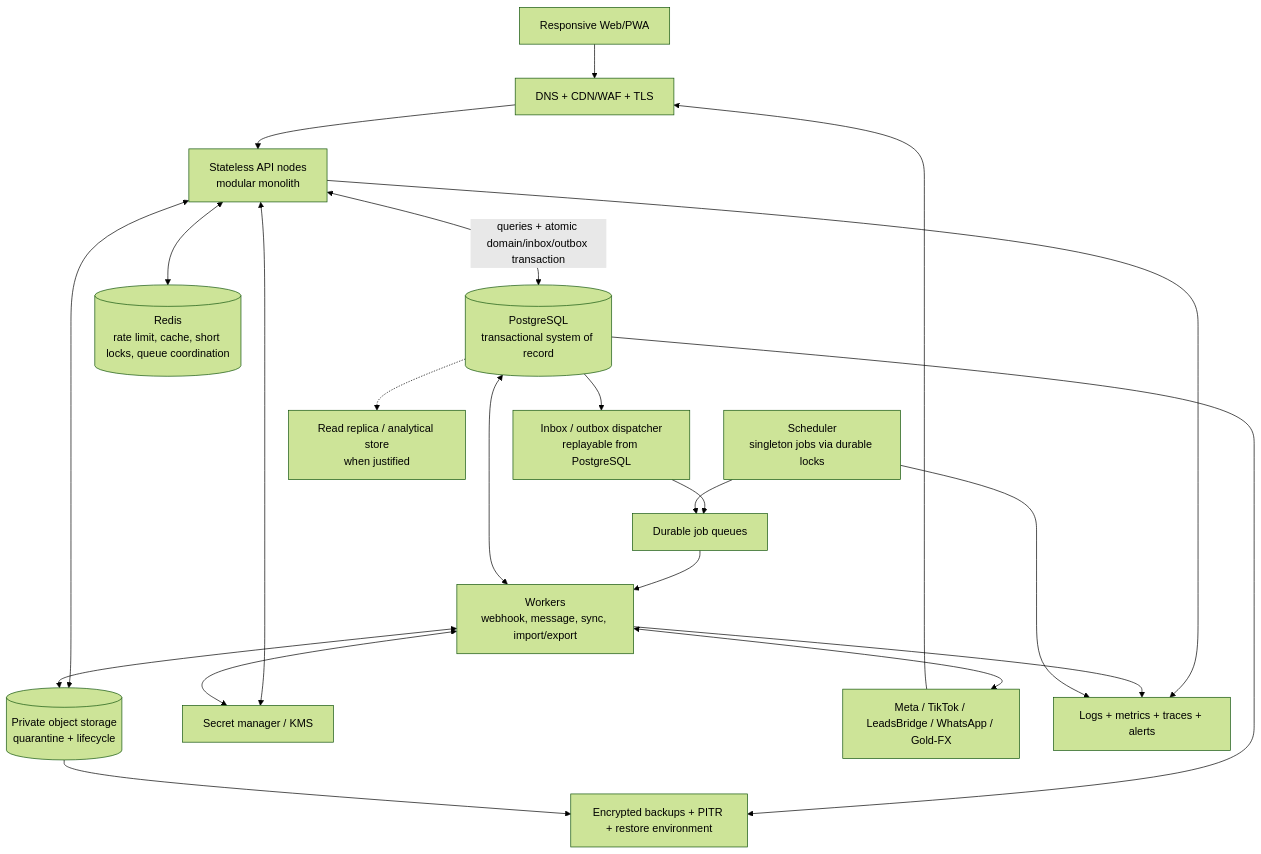
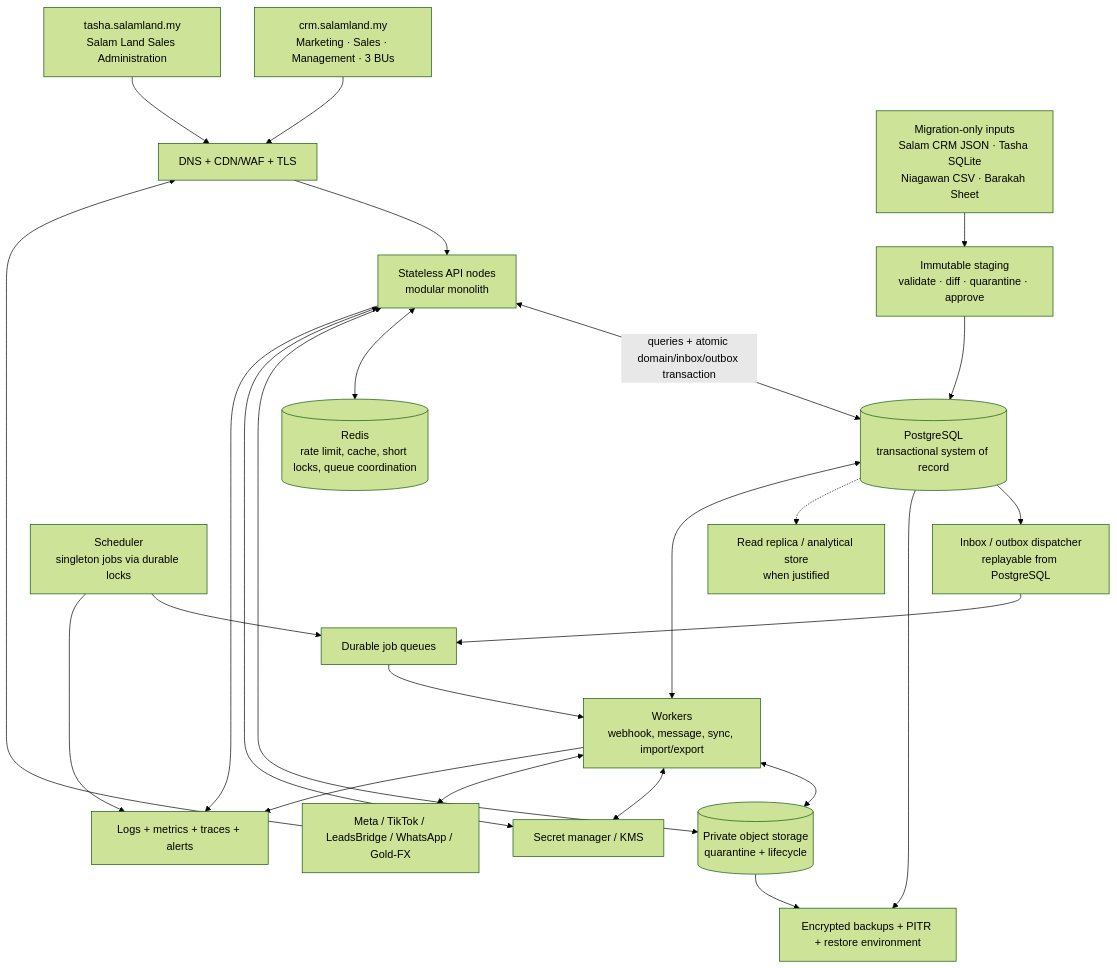
The third of 3 diagrams in docs/CRM_PRODUCTION_PRD_V2_2026-07-15.md (AqmalJupri/crmsalessalamland), drawn with Mermaid (forest theme) before and after one commit. The commit also changed other lines of this file and 7 other files, not shown here.

Commit message:
docs: approve unified CRM production design

````diff
--- a/docs/CRM_PRODUCTION_PRD_V2_2026-07-15.md
+++ b/docs/CRM_PRODUCTION_PRD_V2_2026-07-15.md
@@ -677,39 +742,45 @@
 ```mermaid
 flowchart TB
-    UI["Responsive Web/PWA"]
+    CRMUI["crm.salamland.my<br/>Marketing · Sales · Management · 3 BUs"]
+    TASHAUI["tasha.salamland.my<br/>Salam Land Sales Administration"]
     EDGE["DNS + CDN/WAF + TLS"]
     API["Stateless API nodes<br/>modular monolith"]
     DB[("PostgreSQL<br/>transactional system of record")]
     REDIS[("Redis<br/>rate limit, cache, short locks, queue coordination")]
     DISPATCH["Inbox / outbox dispatcher<br/>replayable from PostgreSQL"]
     QUEUE["Durable job queues"]
     WORKER["Workers<br/>webhook, message, sync, import/export"]
     SCHED["Scheduler<br/>singleton jobs via durable locks"]
     OBJ[("Private object storage<br/>quarantine + lifecycle")]
     SECRET["Secret manager / KMS"]
     PROVIDERS["Meta / TikTok / LeadsBridge / WhatsApp / Gold-FX"]
     OBS["Logs + metrics + traces + alerts"]
     BACKUP["Encrypted backups + PITR + restore environment"]
     BI["Read replica / analytical store<br/>when justified"]
+    SOURCES["Migration-only inputs<br/>Salam CRM JSON · Tasha SQLite<br/>Niagawan CSV · Barakah Sheet"]
+    STAGE["Immutable staging<br/>validate · diff · quarantine · approve"]
 
-    UI --> EDGE --> API
+    CRMUI --> EDGE
+    TASHAUI --> EDGE
+    EDGE --> API
     API <-->|"queries + atomic domain/inbox/outbox transaction"| DB
     API <--> REDIS
     API <--> OBJ
     API <--> SECRET
     PROVIDERS --> EDGE
     DB --> DISPATCH
     DISPATCH --> QUEUE
     QUEUE --> WORKER
     SCHED --> QUEUE
     WORKER <--> DB
     WORKER <--> OBJ
     WORKER <--> SECRET
     WORKER <--> PROVIDERS
     API --> OBS
     WORKER --> OBS
     SCHED --> OBS
     DB --> BACKUP
     OBJ --> BACKUP
     DB -.-> BI
+    SOURCES --> STAGE --> DB
 ```
````
